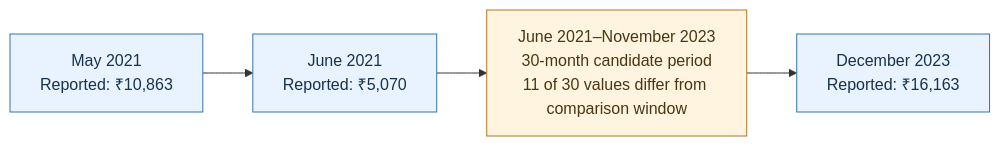
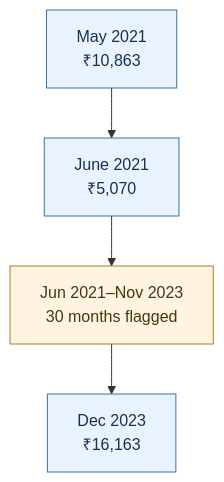
Before and after one commit to gamepatt78/way2agri-price-forecasting-engine: the second of 5 diagrams in README.md, drawn with Mermaid. The commit also changed other lines of this file and 2 other files, not shown here.

Commit message:
docs: improve diagram readability and labels

````diff
--- a/README.md
+++ b/README.md
@@ -148,11 +152,11 @@
 ```mermaid
-flowchart LR
-    before["May 2021<br/>Reported: ₹10,863"] --> drop["June 2021<br/>Reported: ₹5,070"]
-    drop --> flagged["June 2021–November 2023<br/>30-month candidate period<br/>11 of 30 values differ from comparison window"]
-    flagged --> endpoint["December 2023<br/>Reported: ₹16,163"]
+flowchart TB
+    before["May 2021<br/>₹10,863"] --> drop["June 2021<br/>₹5,070"]
+    drop --> flagged["Jun 2021–Nov 2023<br/>30 months flagged"]
+    flagged --> endpoint["Dec 2023<br/>₹16,163"]
 
     classDef observed fill:#e8f3ff,stroke:#3674a5,color:#17324d
     classDef review fill:#fff4df,stroke:#b27a20,color:#4b3512
     class before,drop,endpoint observed
     class flagged review
 ```
````
